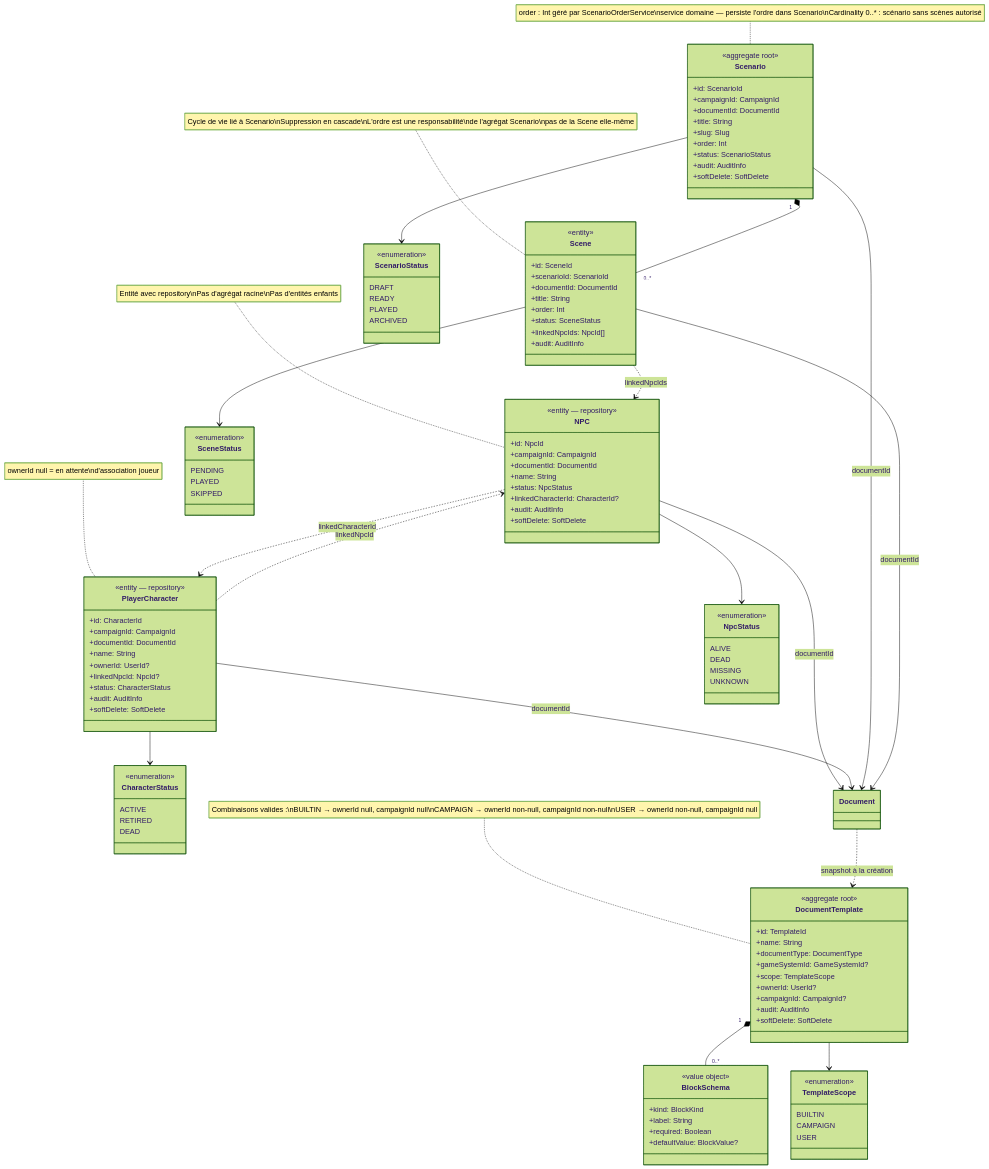
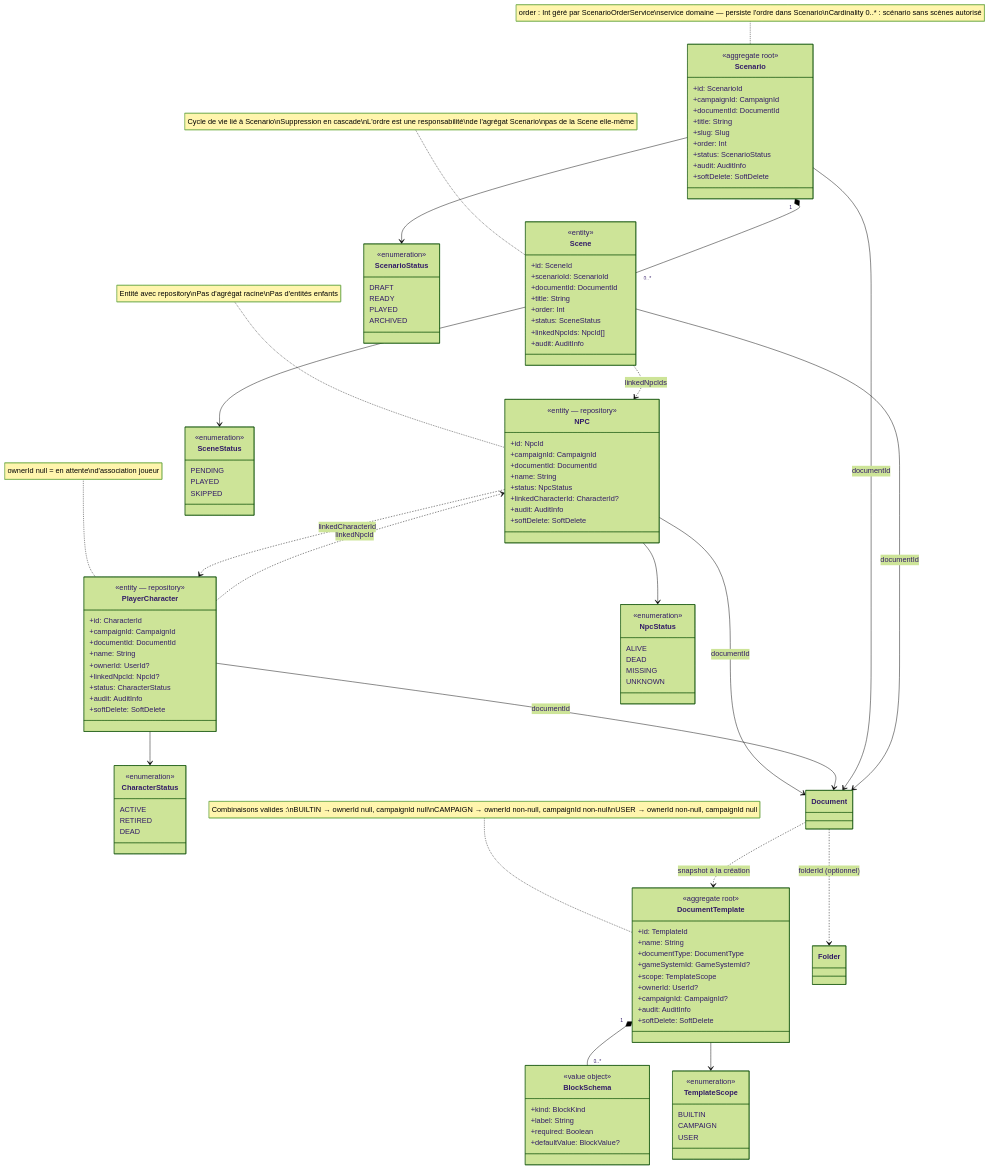
The fourth of 7 diagrams in docs/conception/DiagrammesClasses.md (2025-10-CDA-ECO-P6/PM-micro-saas), drawn with Mermaid (forest theme) before and after one commit. The commit also changed other lines of this file and 28 other files, not shown here.

```diff
--- a/docs/conception/DiagrammesClasses.md
+++ b/docs/conception/DiagrammesClasses.md
@@ -481,6 +483,7 @@
     DocumentTemplate "1" *-- "0..*" BlockSchema
     DocumentTemplate --> TemplateScope
     Document ..> DocumentTemplate : snapshot à la création
+    Document ..> Folder : folderId (optionnel)
     note for NPC "Entité avec repository\nPas d'agrégat racine\nPas d'entités enfants"
     note for PlayerCharacter "ownerId null = en attente\nd'association joueur"
     note for DocumentTemplate "Combinaisons valides :\nBUILTIN → ownerId null, campaignId null\nCAMPAIGN → ownerId non-null, campaignId non-null\nUSER → ownerId non-null, campaignId null"
```
